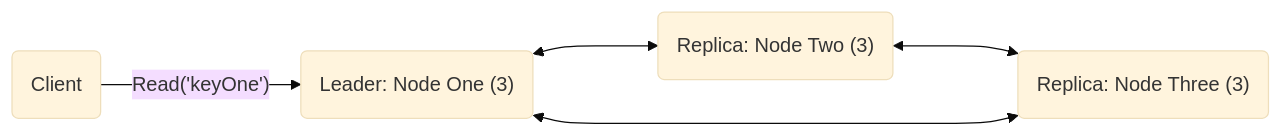
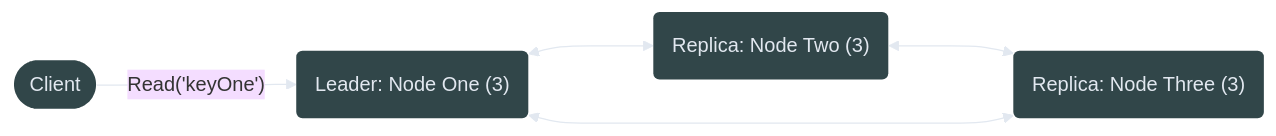
One commit to GeorgeMac/macro.re changed the first of 4 diagrams in pages/posts/etcd-and-concurrency-stm.mdx. Above: the diagram before and after it, drawn with Mermaid (base theme). The commit also changed other lines of this file and 6 other files, not shown here.

````diff
--- a/pages/posts/etcd-and-concurrency-stm.mdx
+++ b/pages/posts/etcd-and-concurrency-stm.mdx
@@ -260,12 +261,16 @@
 ```mermaid
 flowchart LR
     n1("Leader: Node One (3)")
     n2("Replica: Node Two (3)")
     n3("Replica: Node Three (3)")
-    c(Client)
+    c([Client])
 
     n1 <---> n2
     n2 <---> n3
     n1 <---> n3
     c -- "Read('keyOne')" --> n1
+
+    linkStyle 0,1,2,3 background-color:#fff,stroke:#E2E8F0
+    classDef nodeDefault fill:#314649,color:#E2E8F0,stroke-width:0
+    class n1,n2,n3,c nodeDefault;
 ```
````
